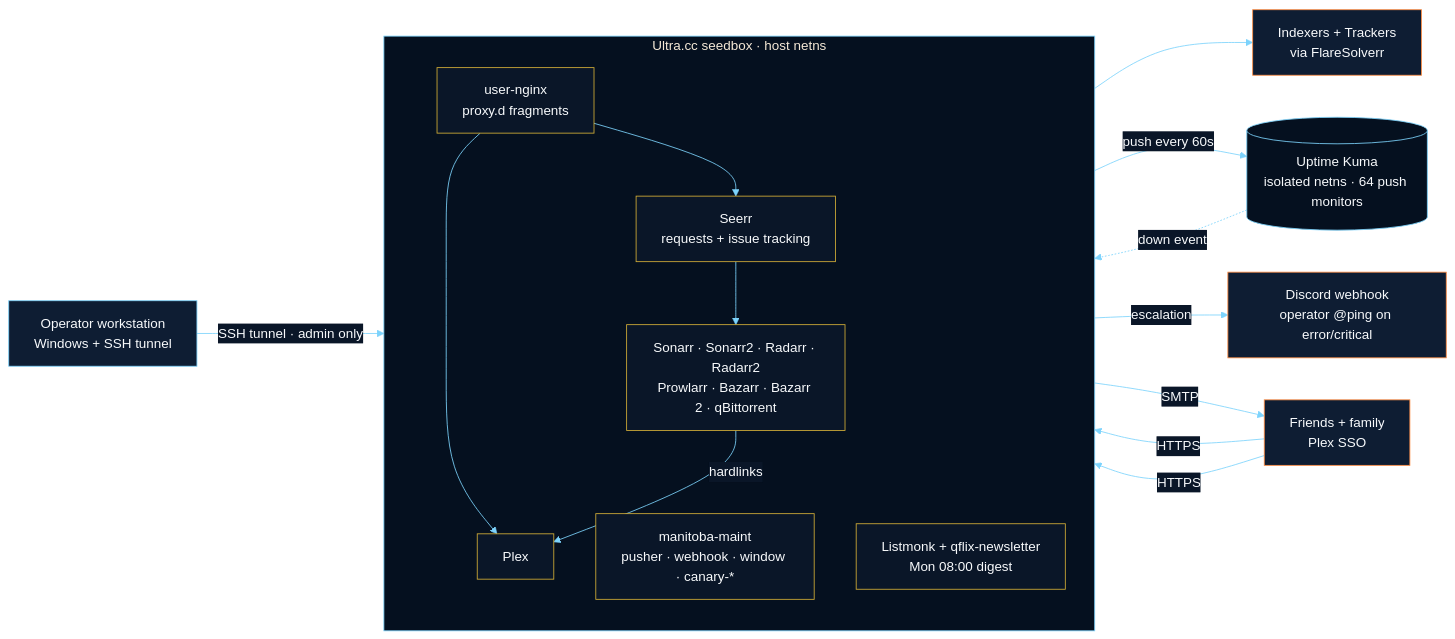
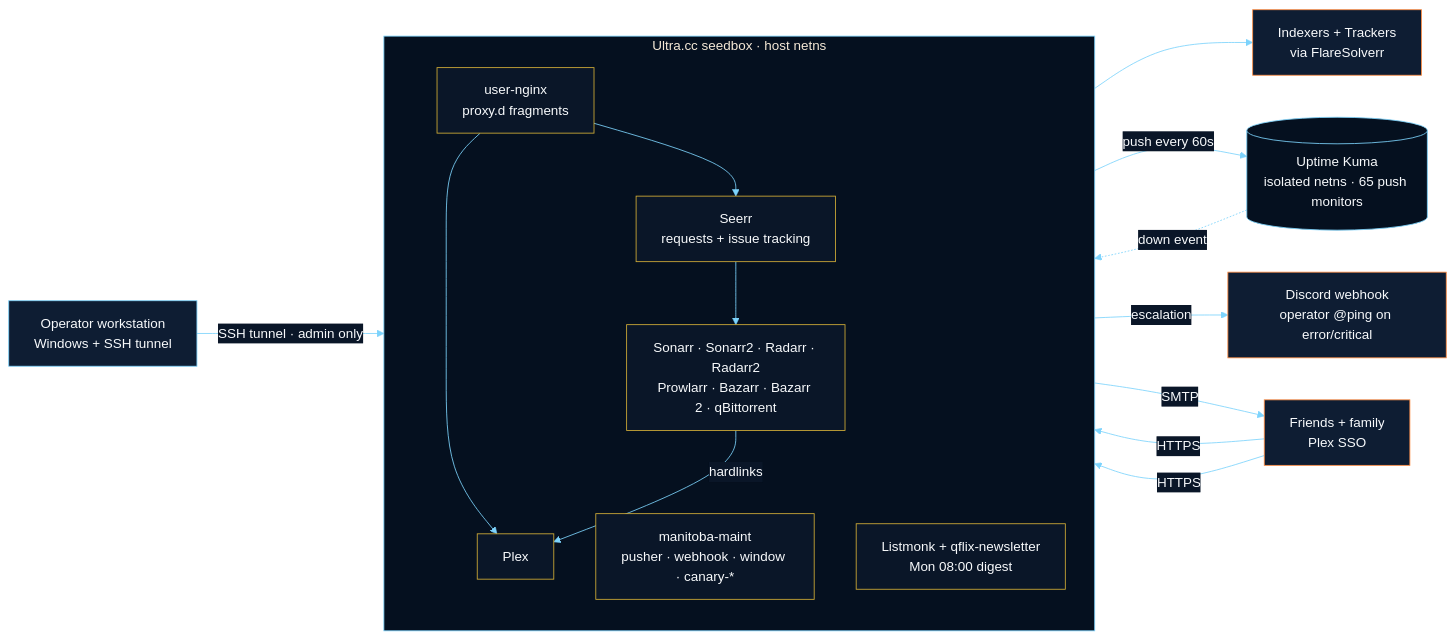
One commit to Quadstronaut/QFlix changed the first of 6 diagrams in README.md. Above: the diagram before and after it, drawn with Mermaid. The commit also changed other lines of this file and 10 other files, not shown here.

````diff
--- a/README.md
+++ b/README.md
@@ -76,35 +76,35 @@
 ```mermaid
 %%{init: {'theme':'base','themeVariables':{'primaryColor':'#0e1d33','primaryTextColor':'#f8fafc','primaryBorderColor':'#ff8c42','lineColor':'#7dd3fc','secondaryColor':'#05101f','tertiaryColor':'#0a1628','clusterBkg':'#05101f','clusterBorder':'#7dd3fc','edgeLabelBackground':'#0a1628','fontFamily':'Segoe UI, Roboto, sans-serif'}}}%%
 flowchart LR
   classDef ext fill:#0e1d33,stroke:#ff8c42,color:#f8fafc
   classDef user fill:#0e1d33,stroke:#7dd3fc,color:#f8fafc
   classDef seedbox fill:#0a1628,stroke:#d4af37,color:#f8fafc
   classDef kuma fill:#05101f,stroke:#7dd3fc,color:#f8fafc
 
   user[Operator workstation<br/>Windows + SSH tunnel]:::user
   friends[Friends + family<br/>Plex SSO]:::ext
   ext[Indexers + Trackers<br/>via FlareSolverr]:::ext
 
   subgraph SB[Ultra.cc seedbox · host netns]
     direction TB
     nginx[user-nginx<br/>proxy.d fragments]:::seedbox
     plex[Plex]:::seedbox
     arr[Sonarr · Sonarr2 · Radarr · Radarr2<br/>Prowlarr · Bazarr · Bazarr 2 · qBittorrent]:::seedbox
     requests[Seerr<br/>requests + issue tracking]:::seedbox
     maint[manitoba-maint<br/>pusher · webhook · window · canary-*]:::seedbox
     comms[Listmonk + qflix-newsletter<br/>Mon 08:00 digest]:::seedbox
   end
 
-  kuma[(Uptime Kuma<br/>isolated netns · 64 push monitors)]:::kuma
+  kuma[(Uptime Kuma<br/>isolated netns · 65 push monitors)]:::kuma
   discord[Discord webhook<br/>operator @ping on error/critical]:::ext
 
   friends -->|HTTPS| nginx --> plex
   friends -->|HTTPS| nginx --> requests
   requests --> arr --> ext
   arr -->|hardlinks| plex
   user -->|SSH tunnel · admin only| arr
   maint -->|push every 60s| kuma
   kuma -.->|down event| maint
   maint -->|escalation| discord
   comms -->|SMTP| friends
 ```
````
